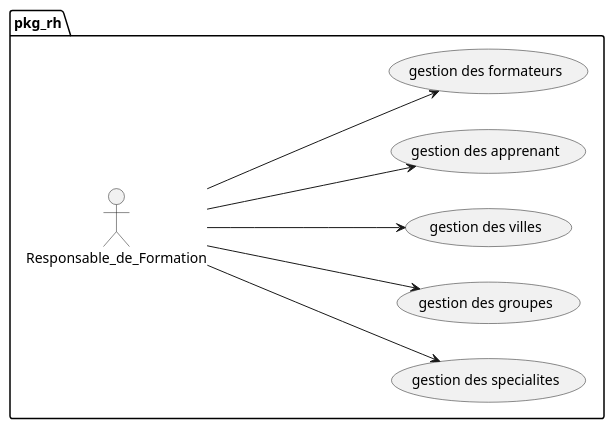
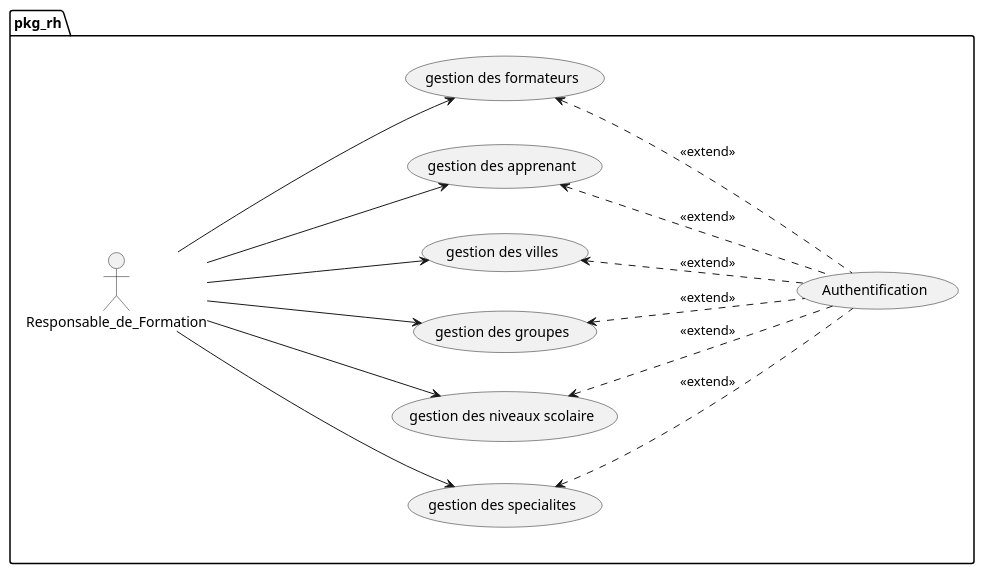
The diagram in modélisation/pkg_rh/uses_cases_pkg_rh.puml (solicoders/soli-lms), drawn with PlantUML before and after one commit. The commit also changed 1 other file, not shown here.

```diff
--- a/modélisation/pkg_rh/uses_cases_pkg_rh.puml
+++ b/modélisation/pkg_rh/uses_cases_pkg_rh.puml
@@ -1,22 +1,24 @@
 @startuml uses_cases_pkg_rh
 
 left to right direction
 
 
 package pkg_rh {
 
   Responsable_de_Formation ----> (gestion des specialites)
+  Responsable_de_Formation ----> (gestion des niveaux scolaire)
   Responsable_de_Formation ----> (gestion des groupes) 
   Responsable_de_Formation ----> (gestion des villes) 
   Responsable_de_Formation ----> (gestion des apprenant) 
   Responsable_de_Formation ----> (gestion des formateurs) 
 
-  ' (gestion des formateurs) <... (Auth) : <<extend>>
-  ' (gestion des apprenant) <... (Auth) : <<extend>>
-  ' (gestion des groupes) <... (Auth) : <<extend>>
-  ' (gestion des villes) <... (Auth) : <<extend>>
-  ' (gestion des specialites) <... (Auth) : <<extend>>
+  (gestion des formateurs) <... (Authentification) : <<extend>>
+  (gestion des apprenant) <... (Authentification) : <<extend>>
+  (gestion des groupes) <... (Authentification) : <<extend>>
+  (gestion des villes) <... (Authentification) : <<extend>>
+  (gestion des niveaux scolaire) <... (Authentification) : <<extend>>
+  (gestion des specialites) <... (Authentification) : <<extend>>
 
 }  
 
 @enduml
```
